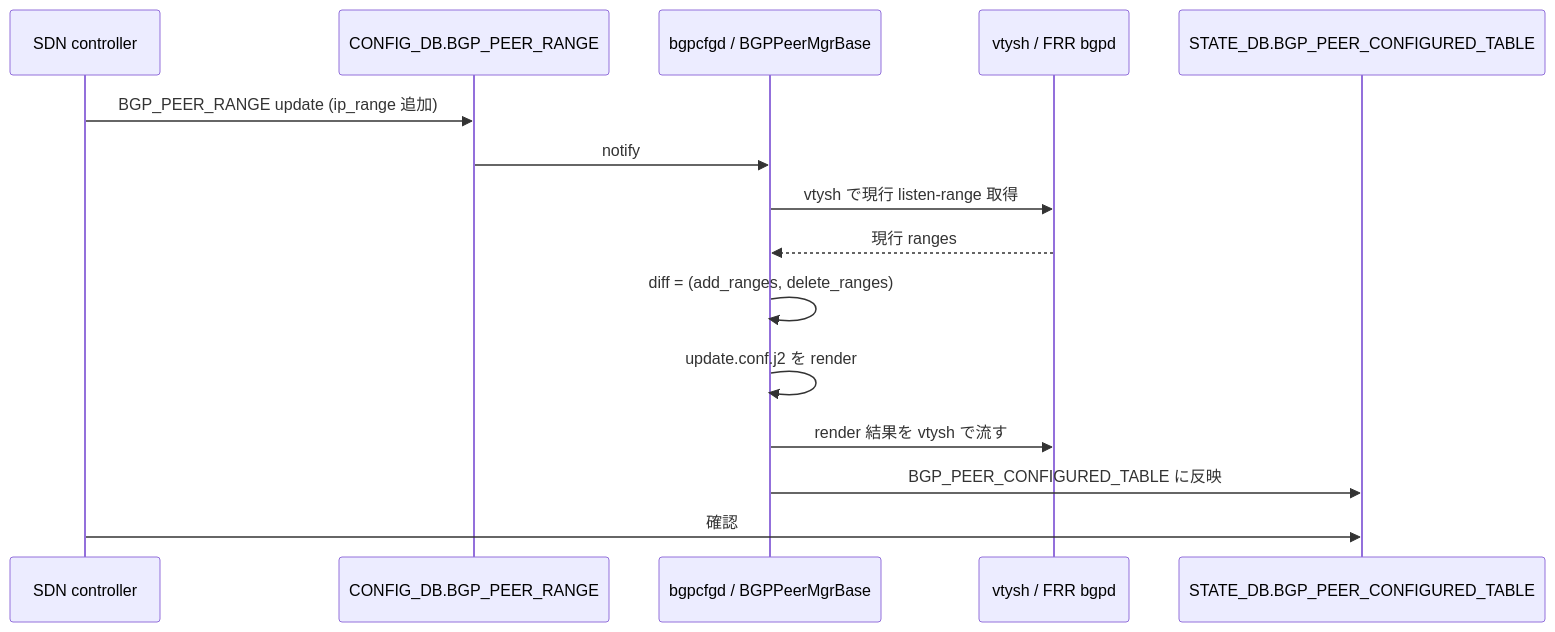
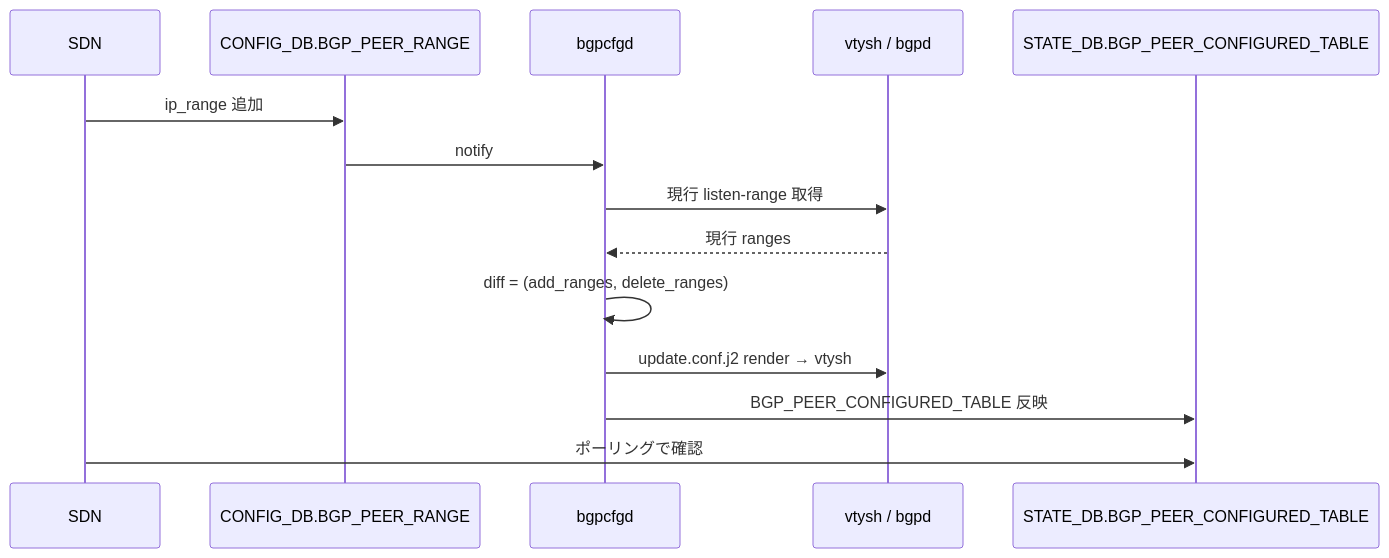
The diagram in docs/routing/bgpcfgd-dynamic-peer-modification-support.md (aoki-taquan/sonic-unofficial-docs), drawn with Mermaid before and after one commit. The commit also changed other lines of this file and 4 other files, not shown here.

````diff
--- a/docs/routing/bgpcfgd-dynamic-peer-modification-support.md
+++ b/docs/routing/bgpcfgd-dynamic-peer-modification-support.md
@@ -153,17 +75,16 @@
 ```mermaid
 sequenceDiagram
-    participant SDN as SDN controller
+    participant SDN
     participant CDB as CONFIG_DB.BGP_PEER_RANGE
-    participant BCD as bgpcfgd / BGPPeerMgrBase
-    participant V as vtysh / FRR bgpd
+    participant BCD as bgpcfgd
+    participant V as vtysh / bgpd
     participant SDB as STATE_DB.BGP_PEER_CONFIGURED_TABLE
-    SDN->>CDB: BGP_PEER_RANGE update (ip_range 追加)
+    SDN->>CDB: ip_range 追加
     CDB->>BCD: notify
-    BCD->>V: vtysh で現行 listen-range 取得
+    BCD->>V: 現行 listen-range 取得
     V-->>BCD: 現行 ranges
     BCD->>BCD: diff = (add_ranges, delete_ranges)
-    BCD->>BCD: update.conf.j2 を render
-    BCD->>V: render 結果を vtysh で流す
-    BCD->>SDB: BGP_PEER_CONFIGURED_TABLE に反映
-    SDN->>SDB: 確認
+    BCD->>V: update.conf.j2 render → vtysh
+    BCD->>SDB: BGP_PEER_CONFIGURED_TABLE 反映
+    SDN->>SDB: ポーリングで確認
 ```
````
